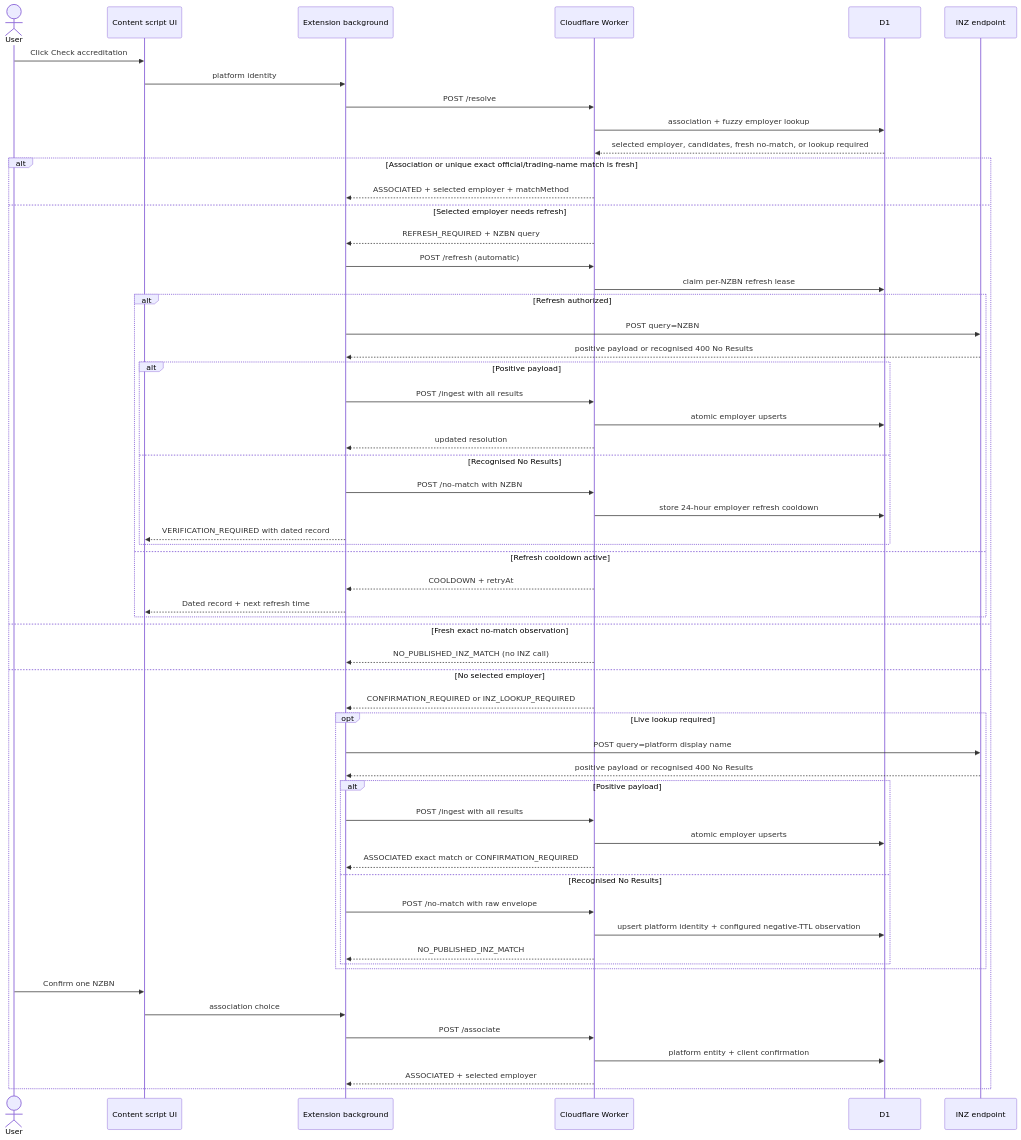
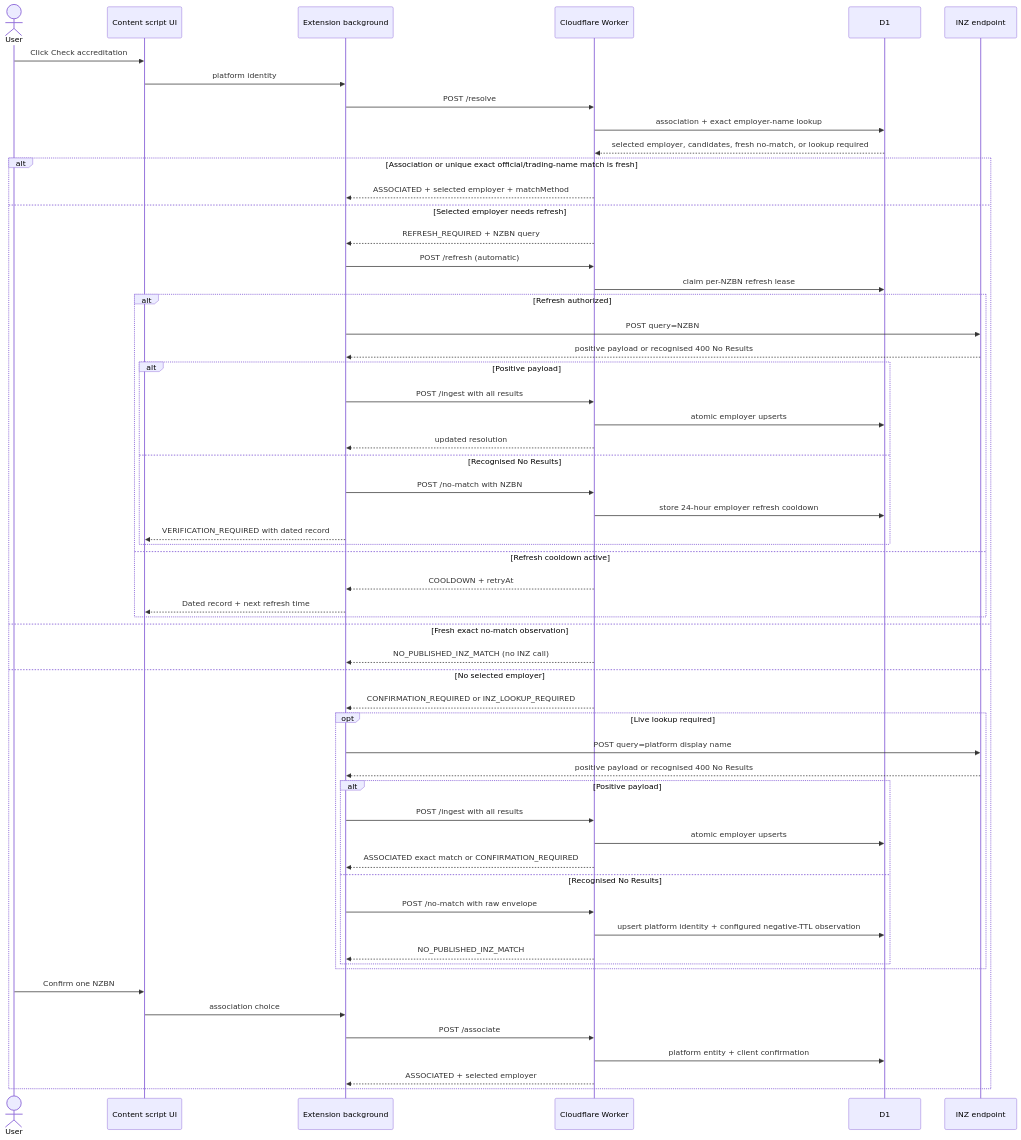
One commit to aizhimou/nz-accredited-employer-inspector changed the diagram in docs/extension-api-ssot.md. Above: the diagram before and after it, drawn with Mermaid. The commit also changed other lines of this file and 40 other files, not shown here.

````diff
--- a/docs/extension-api-ssot.md
+++ b/docs/extension-api-ssot.md
@@ -42,61 +42,61 @@
 ```mermaid
 sequenceDiagram
     actor User
     participant UI as Content script UI
     participant Ext as Extension background
     participant API as Cloudflare Worker
     participant D1 as D1
     participant INZ as INZ endpoint
 
     User->>UI: Click Check accreditation
     UI->>Ext: platform identity
     Ext->>API: POST /resolve
-    API->>D1: association + fuzzy employer lookup
+    API->>D1: association + exact employer-name lookup
     D1-->>API: selected employer, candidates, fresh no-match, or lookup required
 
     alt Association or unique exact official/trading-name match is fresh
         API-->>Ext: ASSOCIATED + selected employer + matchMethod
     else Selected employer needs refresh
         API-->>Ext: REFRESH_REQUIRED + NZBN query
         Ext->>API: POST /refresh (automatic)
         API->>D1: claim per-NZBN refresh lease
         alt Refresh authorized
             Ext->>INZ: POST query=NZBN
             INZ-->>Ext: positive payload or recognised 400 No Results
             alt Positive payload
                 Ext->>API: POST /ingest with all results
                 API->>D1: atomic employer upserts
                 API-->>Ext: updated resolution
             else Recognised No Results
                 Ext->>API: POST /no-match with NZBN
                 API->>D1: store 24-hour employer refresh cooldown
                 Ext-->>UI: VERIFICATION_REQUIRED with dated record
             end
         else Refresh cooldown active
             API-->>Ext: COOLDOWN + retryAt
             Ext-->>UI: Dated record + next refresh time
         end
     else Fresh exact no-match observation
         API-->>Ext: NO_PUBLISHED_INZ_MATCH (no INZ call)
     else No selected employer
         API-->>Ext: CONFIRMATION_REQUIRED or INZ_LOOKUP_REQUIRED
         opt Live lookup required
             Ext->>INZ: POST query=platform display name
             INZ-->>Ext: positive payload or recognised 400 No Results
             alt Positive payload
                 Ext->>API: POST /ingest with all results
                 API->>D1: atomic employer upserts
                 API-->>Ext: ASSOCIATED exact match or CONFIRMATION_REQUIRED
             else Recognised No Results
                 Ext->>API: POST /no-match with raw envelope
                 API->>D1: upsert platform identity + configured negative-TTL observation
                 API-->>Ext: NO_PUBLISHED_INZ_MATCH
             end
         end
         User->>UI: Confirm one NZBN
         UI->>Ext: association choice
         Ext->>API: POST /associate
         API->>D1: platform entity + client confirmation
         API-->>Ext: ASSOCIATED + selected employer
     end
 ```
````
